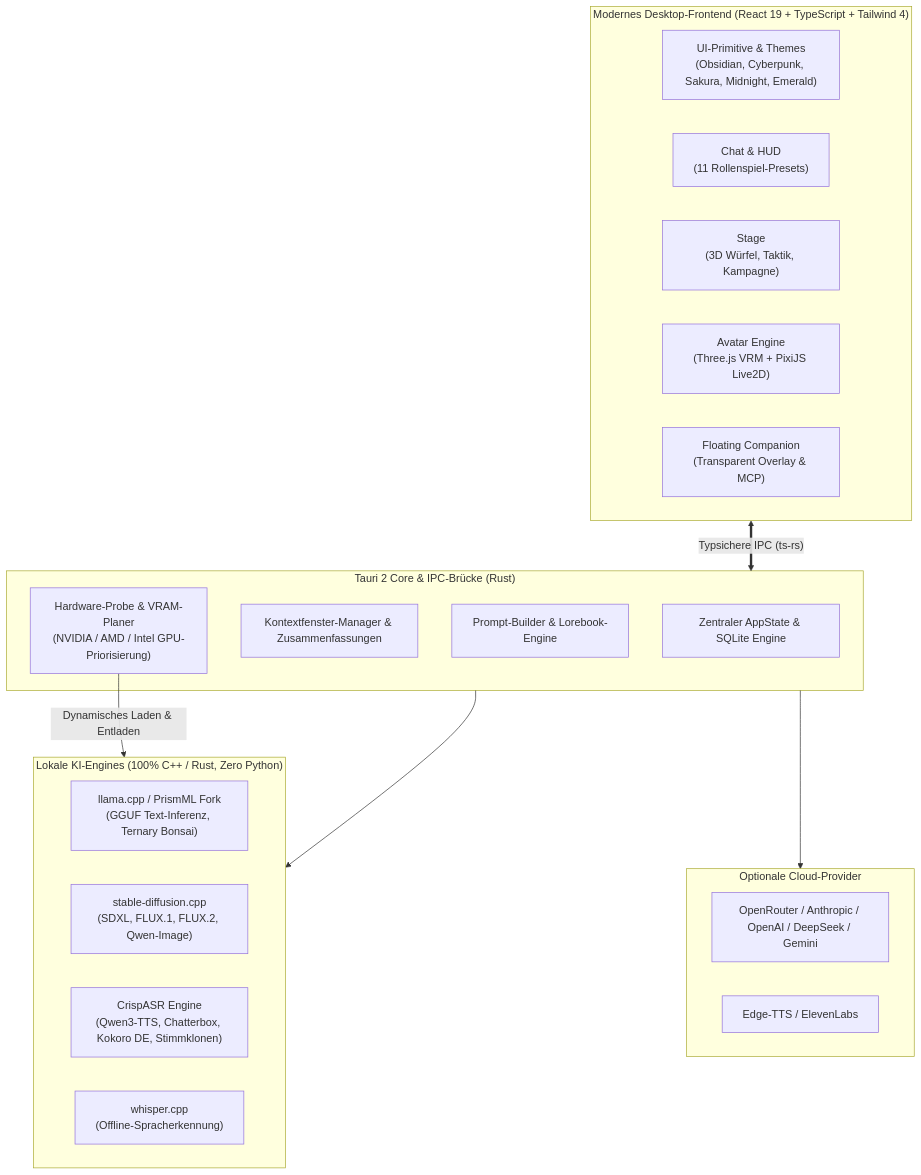
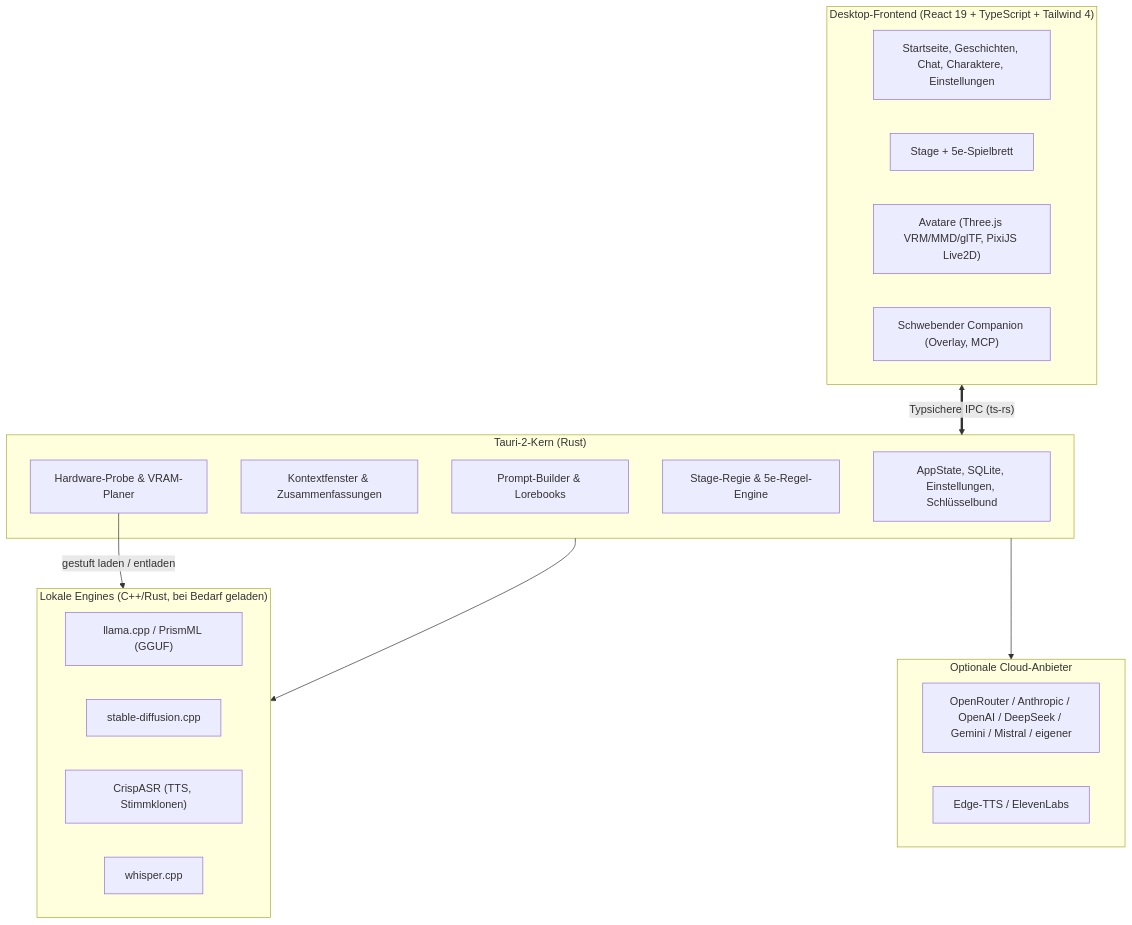
Before and after one commit to SnowwhiteOakheart/OtakuSoul: the first of 2 diagrams in README.de.md, drawn with Mermaid. The commit also changed other lines of this file and 45 other files, not shown here.

````diff
--- a/README.de.md
+++ b/README.de.md
@@ -169,34 +188,34 @@
 ```mermaid
 flowchart TD
-    subgraph Frontend["Modernes Desktop-Frontend (React 19 + TypeScript + Tailwind 4)"]
-        UI["UI-Primitive & Themes\n(Obsidian, Cyberpunk, Sakura, Midnight, Emerald)"]
-        ChatUI["Chat & HUD\n(11 Rollenspiel-Presets)"]
-        StageUI["Stage\n(3D Würfel, Taktik, Kampagne)"]
-        AvatarUI["Avatar Engine\n(Three.js VRM + PixiJS Live2D)"]
-        CompanionUI["Floating Companion\n(Transparent Overlay & MCP)"]
+    subgraph Frontend["Desktop-Frontend (React 19 + TypeScript + Tailwind 4)"]
+        UI["Startseite, Geschichten, Chat, Charaktere, Einstellungen"]
+        StageUI["Stage + 5e-Spielbrett"]
+        AvatarUI["Avatare (Three.js VRM/MMD/glTF, PixiJS Live2D)"]
+        CompanionUI["Schwebender Companion (Overlay, MCP)"]
     end
 
-    subgraph TauriCore["Tauri 2 Core & IPC-Brücke (Rust)"]
-        State["Zentraler AppState & SQLite Engine"]
-        ContextMgr["Kontextfenster-Manager & Zusammenfassungen"]
-        PromptBuilder["Prompt-Builder & Lorebook-Engine"]
-        HardwareSched["Hardware-Probe & VRAM-Planer\n(NVIDIA / AMD / Intel GPU-Priorisierung)"]
+    subgraph TauriCore["Tauri-2-Kern (Rust)"]
+        State["AppState, SQLite, Einstellungen, Schlüsselbund"]
+        ContextMgr["Kontextfenster & Zusammenfassungen"]
+        PromptBuilder["Prompt-Builder & Lorebooks"]
+        Rules["Stage-Regie & 5e-Regel-Engine"]
+        HardwareSched["Hardware-Probe & VRAM-Planer"]
     end
 
-    subgraph LocalEngines["Lokale KI-Engines (100% C++ / Rust, Zero Python)"]
-        Llama["llama.cpp / PrismML Fork\n(GGUF Text-Inferenz, Ternary Bonsai)"]
-        SD["stable-diffusion.cpp\n(SDXL, FLUX.1, FLUX.2, Qwen-Image)"]
-        Crisp["CrispASR Engine\n(Qwen3-TTS, Chatterbox, Kokoro DE, Stimmklonen)"]
-        Whisper["whisper.cpp\n(Offline-Spracherkennung)"]
+    subgraph LocalEngines["Lokale Engines (C++/Rust, bei Bedarf geladen)"]
+        Llama["llama.cpp / PrismML (GGUF)"]
+        SD["stable-diffusion.cpp"]
+        Crisp["CrispASR (TTS, Stimmklonen)"]
+        Whisper["whisper.cpp"]
     end
 
-    subgraph CloudGateways["Optionale Cloud-Provider"]
-        CloudLLM["OpenRouter / Anthropic / OpenAI / DeepSeek / Gemini"]
+    subgraph Cloud["Optionale Cloud-Anbieter"]
+        CloudLLM["OpenRouter / Anthropic / OpenAI / DeepSeek / Gemini / Mistral / eigener"]
         CloudTTS["Edge-TTS / ElevenLabs"]
     end
 
     Frontend <==>|"Typsichere IPC (ts-rs)"| TauriCore
-    HardwareSched -->|"Dynamisches Laden & Entladen"| LocalEngines
+    HardwareSched -->|"gestuft laden / entladen"| LocalEngines
     TauriCore --> LocalEngines
-    TauriCore --> CloudGateways
+    TauriCore --> Cloud
 ```
````
